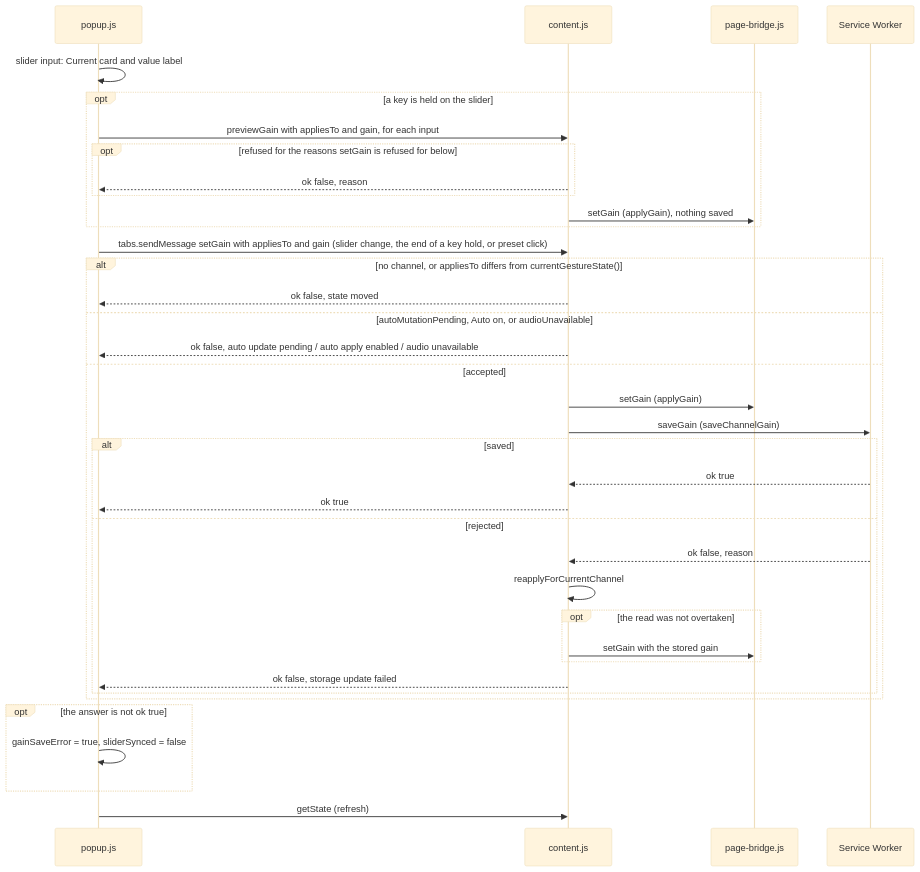
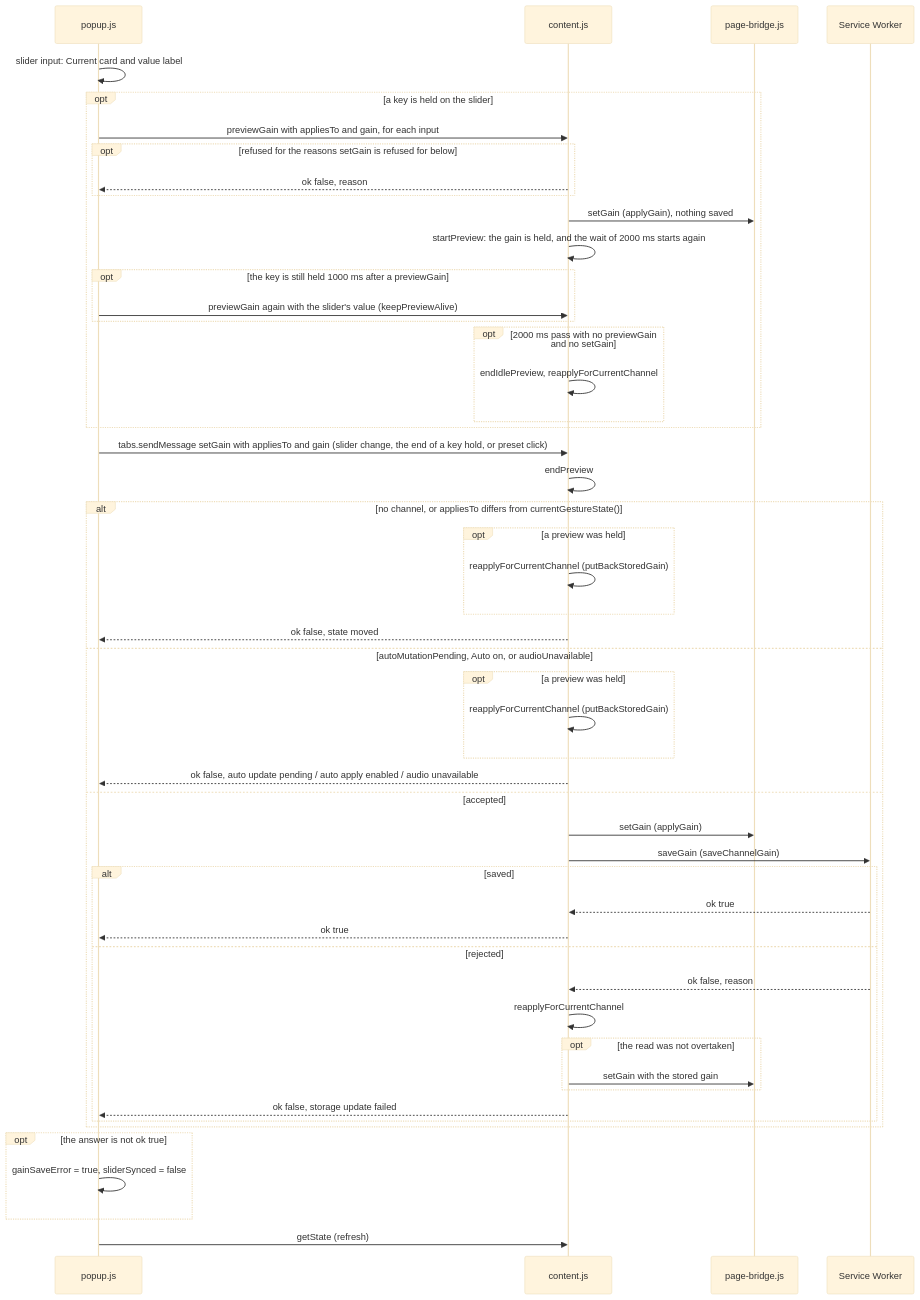
One commit to semnil/twitch-channel-volume changed the sixth of 17 diagrams in docs/gain-change-and-save.md. Above: the diagram before and after it, drawn with Mermaid (base theme). The commit also changed other lines of this file and 6 other files, not shown here.

````diff
--- a/docs/gain-change-and-save.md
+++ b/docs/gain-change-and-save.md
@@ -258,39 +260,53 @@
 ```mermaid
 sequenceDiagram
   participant popup as popup.js
   participant content as content.js
   participant bridge as page-bridge.js
   participant sw as Service Worker
   popup->>popup: slider input: Current card and value label
   opt a key is held on the slider
     popup->>content: previewGain with appliesTo and gain, for each input
     opt refused for the reasons setGain is refused for below
       content-->>popup: ok false, reason
     end
     content->>bridge: setGain (applyGain), nothing saved
+    content->>content: startPreview: the gain is held, and the wait of 2000 ms starts again
+    opt the key is still held 1000 ms after a previewGain
+      popup->>content: previewGain again with the slider's value (keepPreviewAlive)
+    end
+    opt 2000 ms pass with no previewGain and no setGain
+      content->>content: endIdlePreview, reapplyForCurrentChannel
+    end
   end
   popup->>content: tabs.sendMessage setGain with appliesTo and gain (slider change, the end of a key hold, or preset click)
+  content->>content: endPreview
   alt no channel, or appliesTo differs from currentGestureState()
+    opt a preview was held
+      content->>content: reapplyForCurrentChannel (putBackStoredGain)
+    end
     content-->>popup: ok false, state moved
   else autoMutationPending, Auto on, or audioUnavailable
+    opt a preview was held
+      content->>content: reapplyForCurrentChannel (putBackStoredGain)
+    end
     content-->>popup: ok false, auto update pending / auto apply enabled / audio unavailable
   else accepted
     content->>bridge: setGain (applyGain)
     content->>sw: saveGain (saveChannelGain)
     alt saved
       sw-->>content: ok true
       content-->>popup: ok true
     else rejected
       sw-->>content: ok false, reason
       content->>content: reapplyForCurrentChannel
       opt the read was not overtaken
         content->>bridge: setGain with the stored gain
       end
       content-->>popup: ok false, storage update failed
     end
   end
   opt the answer is not ok true
     popup->>popup: gainSaveError = true, sliderSynced = false
   end
   popup->>content: getState (refresh)
 ```
````
